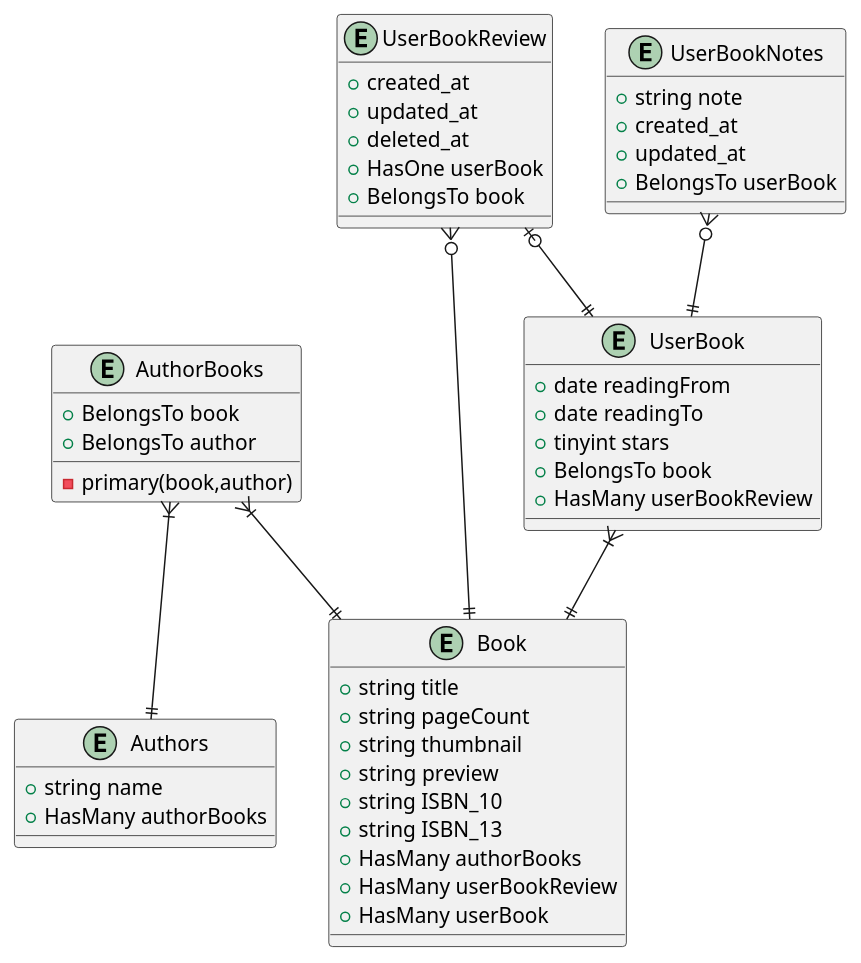
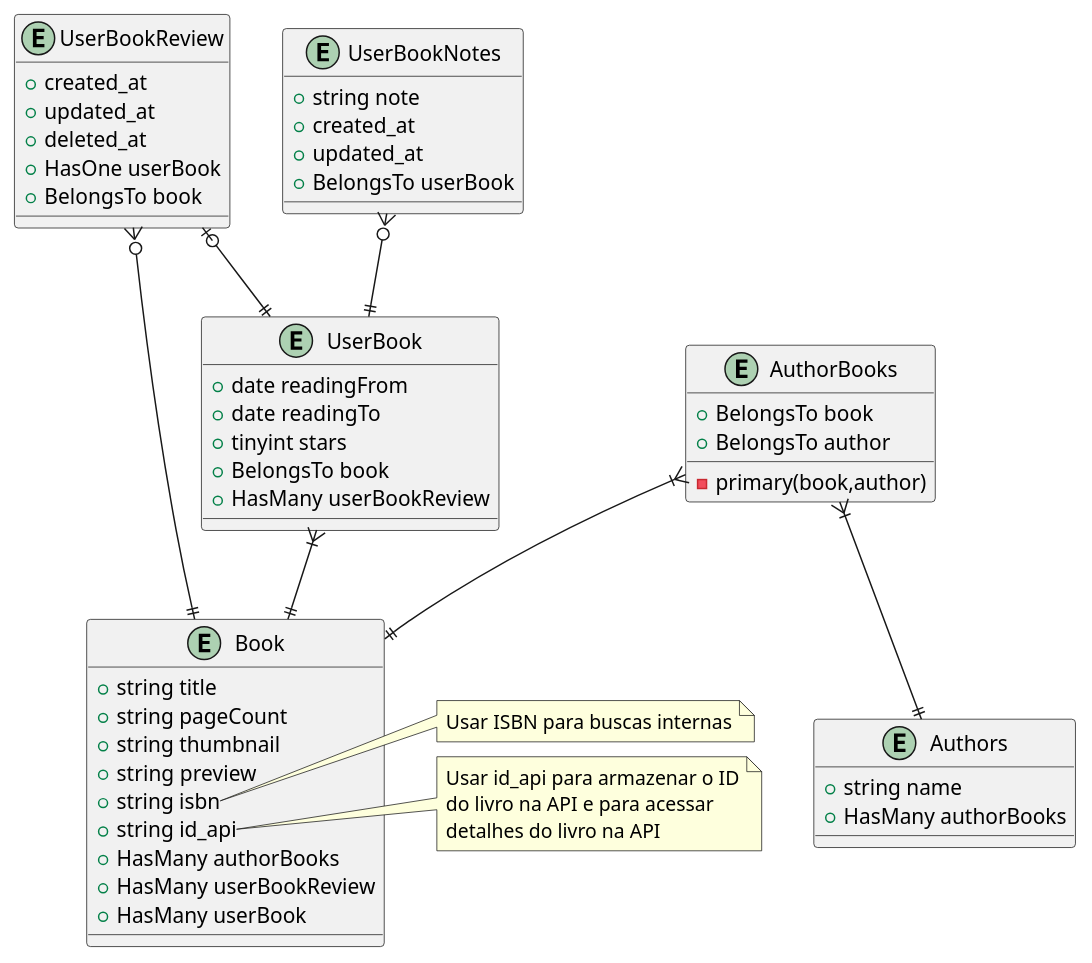
One commit to rstriquer/readers-club changed the diagram in docs/database relation.wsd. Above: the diagram before and after it, drawn with PlantUML. The commit also changed 1 other file, not shown here.

Commit message:
Add id_api and fix isbn field

```diff
--- a/docs/database relation.wsd
+++ b/docs/database relation.wsd
@@ -1,51 +1,59 @@
 @startuml Database Relation
 
 entity Authors {
     + string name
     + HasMany authorBooks
 }
 entity AuthorBooks {
     - primary(book,author)
     + BelongsTo book
     + BelongsTo author
 }
 entity Book {
     + string title
     + string pageCount
     + string thumbnail
     + string preview
-    + string ISBN_10
-    + string ISBN_13
+    + string isbn
+    + string id_api
     + HasMany authorBooks
     + HasMany userBookReview
     + HasMany userBook
 }
+note right of Book::isbn
+    Usar ISBN para buscas internas
+endnote
+note right of Book::id_api
+    Usar id_api para armazenar o ID
+    do livro na API e para acessar
+    detalhes do livro na API
+endnote
 entity UserBook {
     + date readingFrom
     + date readingTo
     + tinyint stars
     + BelongsTo book
     + HasMany userBookReview
 }
 entity UserBookReview {
     + created_at
     + updated_at
     + deleted_at
     + HasOne userBook
     + BelongsTo book
 }
 entity UserBookNotes {
     + string note
     + created_at
     + updated_at
     + BelongsTo userBook
 }
 
 AuthorBooks }|--|| Authors
 AuthorBooks }|--|| Book
 UserBook }|--|| Book
 UserBookReview |o--|| UserBook
 UserBookReview }o--|| Book
 UserBookNotes }o--|| UserBook
 
 @enduml
```
